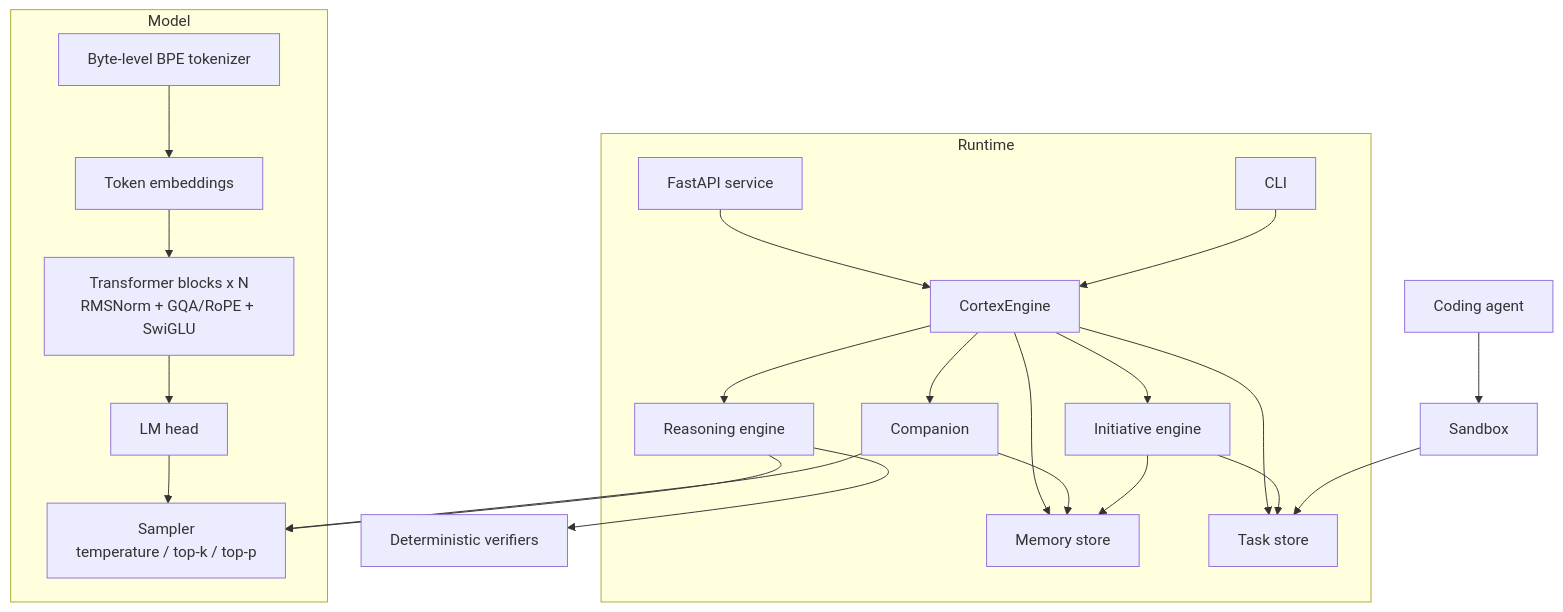
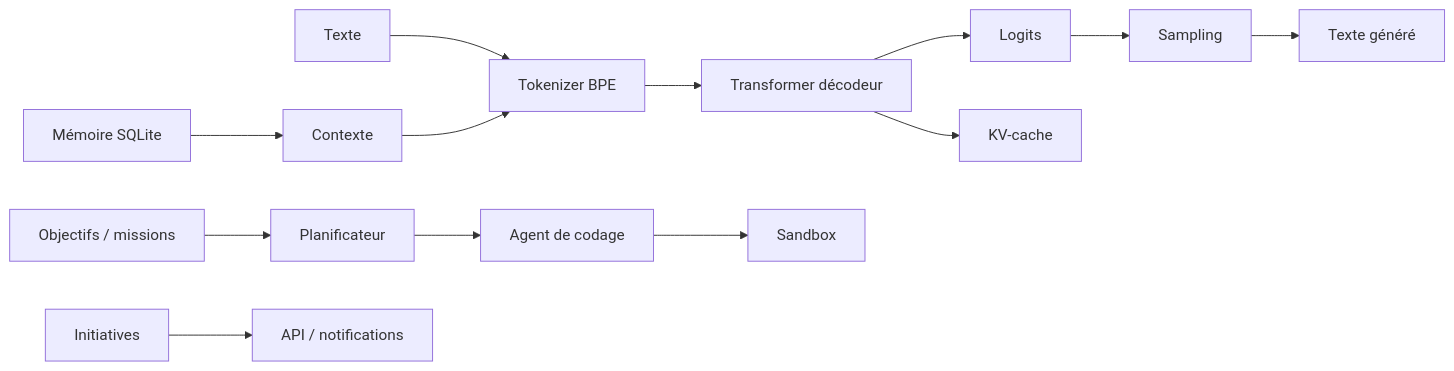
The first of 2 diagrams in docs/ARCHITECTURE.md (Frankenstein-Labs/Cortex-0), drawn with Mermaid before and after one commit. The commit also changed other lines of this file and 138 other files, not shown here.

````diff
--- a/docs/ARCHITECTURE.md
+++ b/docs/ARCHITECTURE.md
@@ -11,28 +5,15 @@
 ```mermaid
-flowchart TD
-    subgraph Model
-        T[Byte-level BPE tokenizer] --> E[Token embeddings]
-        E --> B[Transformer blocks x N<br/>RMSNorm + GQA/RoPE + SwiGLU]
-        B --> H[LM head]
-        H --> S[Sampler<br/>temperature / top-k / top-p]
-    end
-
-    subgraph Runtime
-        API[FastAPI service] --> ENG[CortexEngine]
-        CLI[CLI] --> ENG
-        ENG --> C[Companion]
-        ENG --> I[Initiative engine]
-        ENG --> M[Memory store]
-        ENG --> P[Task store]
-        ENG --> R[Reasoning engine]
-    end
-
-    C --> S
-    C --> M
-    I --> M
-    I --> P
-    R --> S
-    R --> V[Deterministic verifiers]
-    A[Coding agent] --> X[Sandbox]
-    X --> P
+flowchart LR
+    A[Texte] --> B[Tokenizer BPE]
+    B --> C[Transformer décodeur]
+    C --> D[Logits]
+    D --> E[Sampling]
+    E --> F[Texte généré]
+    C --> G[KV-cache]
+    H[Mémoire SQLite] --> I[Contexte]
+    I --> B
+    J[Objectifs / missions] --> K[Planificateur]
+    K --> L[Agent de codage]
+    L --> M[Sandbox]
+    N[Initiatives] --> O[API / notifications]
 ```
````
